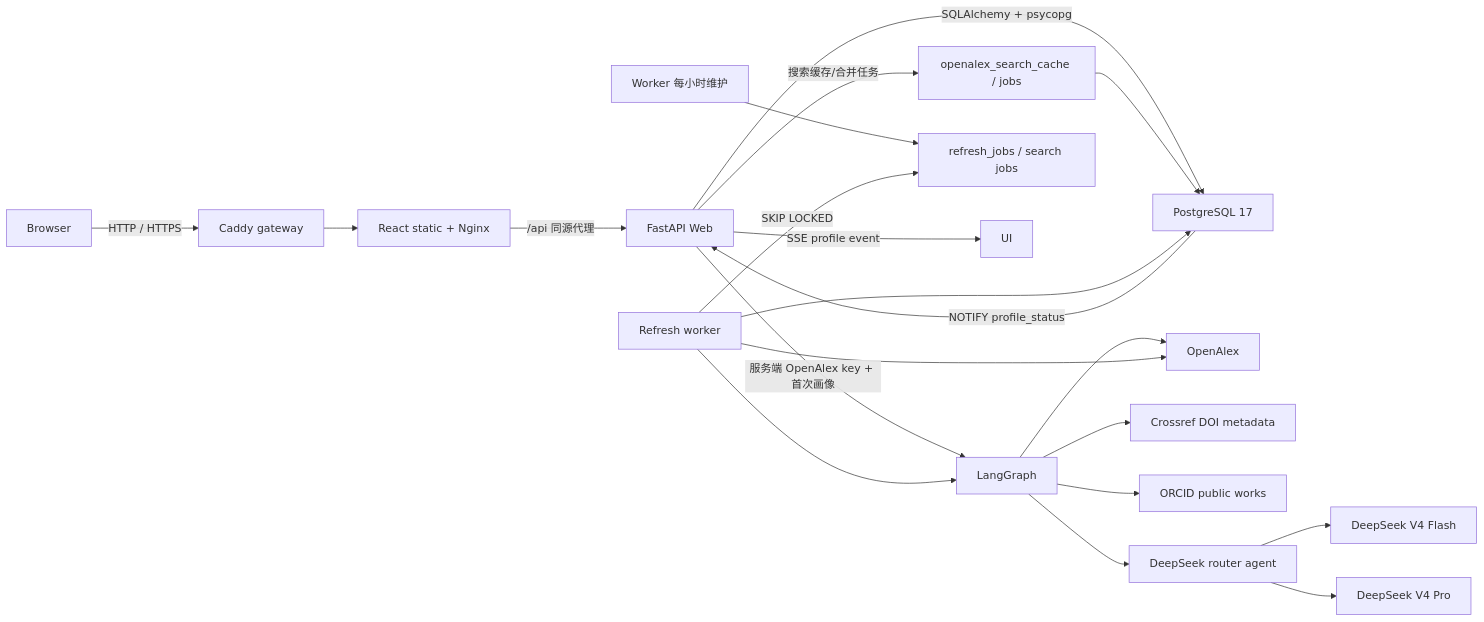
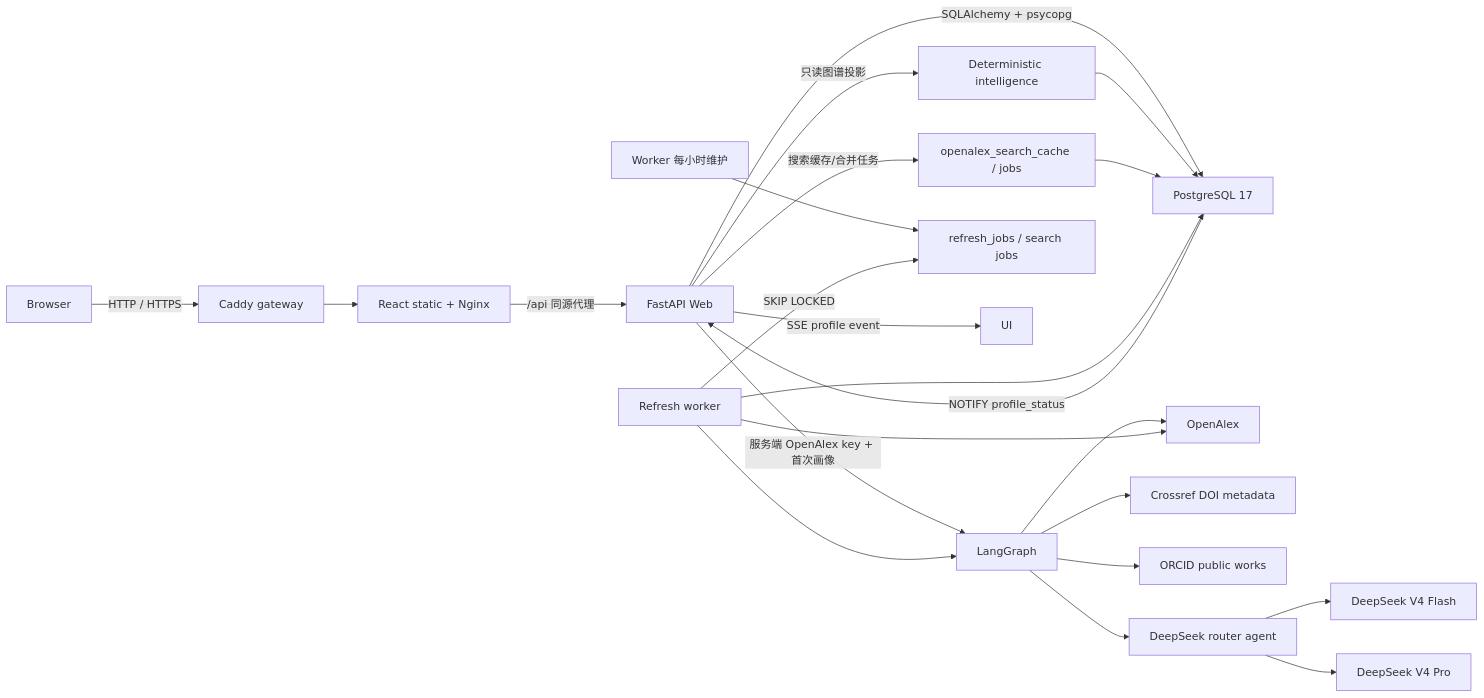
The diagram in docs/ARCHITECTURE.md (AlexYuanch/scholar_search), drawn with Mermaid before and after one commit. The commit also changed other lines of this file and 16 other files, not shown here.

````diff
--- a/docs/ARCHITECTURE.md
+++ b/docs/ARCHITECTURE.md
@@ -5,23 +5,25 @@
 ```mermaid
 flowchart LR
   CLIENT["Browser"] -->|"HTTP / HTTPS"| CADDY["Caddy gateway"]
   CADDY --> NGINX["React static + Nginx"]
   NGINX -->|"/api 同源代理"| API["FastAPI Web"]
   API -->|"SQLAlchemy + psycopg"| PG["PostgreSQL 17"]
+  API -->|"只读图谱投影"| INTEL["Deterministic intelligence"]
+  INTEL --> PG
   API -->|"服务端 OpenAlex key + 首次画像"| WF["LangGraph"]
   API -->|"搜索缓存/合并任务"| SEARCH["openalex_search_cache / jobs"]
   SEARCH --> PG
   WF --> OA["OpenAlex"]
   WF --> CR["Crossref DOI metadata"]
   WF --> ORCID["ORCID public works"]
   WF --> ROUTER["DeepSeek router agent"]
   ROUTER --> FLASH["DeepSeek V4 Flash"]
   ROUTER --> PRO["DeepSeek V4 Pro"]
   MAINT["Worker 每小时维护"] --> JOB["refresh_jobs / search jobs"]
   WORKER["Refresh worker"] -->|"SKIP LOCKED"| JOB
   WORKER --> OA
   WORKER --> WF
   WORKER --> PG
   PG -->|"NOTIFY profile_status"| API
   API -->|"SSE profile event"| UI
 ```
````
